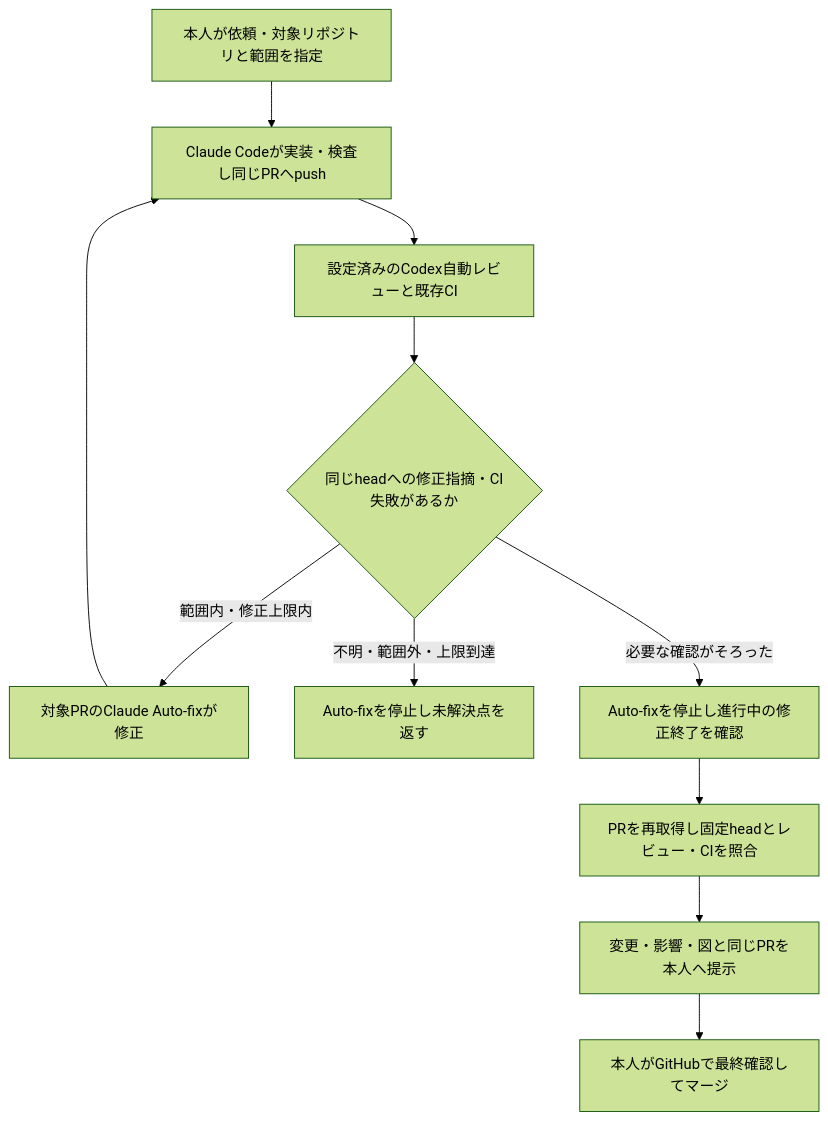
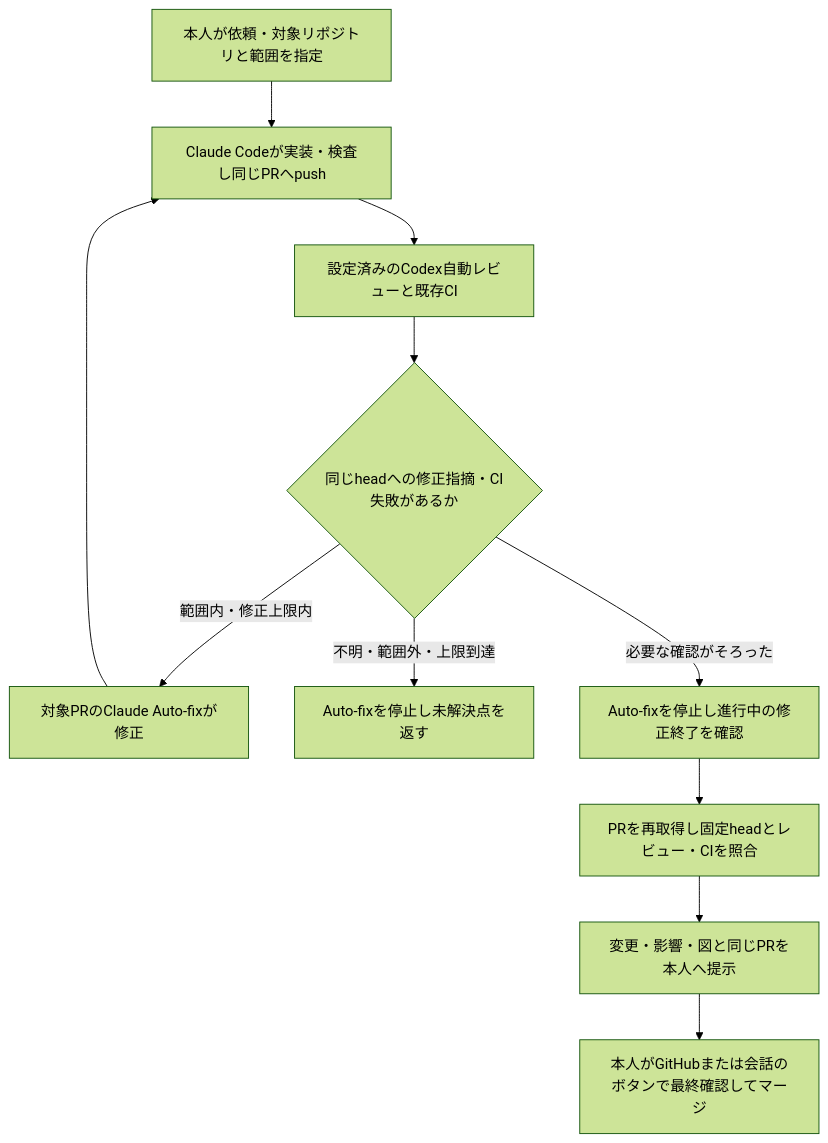
Before and after one commit to takechanman12250711-oss/chappy-boatrace-ai: the diagram in docs/claude-codex-auto-handoff.md, drawn with Mermaid (forest theme). The commit also changed other lines of this file and 5 other files, not shown here.

````diff
--- a/docs/claude-codex-auto-handoff.md
+++ b/docs/claude-codex-auto-handoff.md
@@ -7,13 +7,13 @@
 ```mermaid
 flowchart TD
     A["本人が依頼・対象リポジトリと範囲を指定"] --> B["Claude Codeが実装・検査し同じPRへpush"]
     B --> C["設定済みのCodex自動レビューと既存CI"]
     C --> D{"同じheadへの修正指摘・CI失敗があるか"}
     D -->|範囲内・修正上限内| E["対象PRのClaude Auto-fixが修正"]
     E --> B
     D -->|不明・範囲外・上限到達| F["Auto-fixを停止し未解決点を返す"]
     D -->|必要な確認がそろった| G["Auto-fixを停止し進行中の修正終了を確認"]
     G --> H["PRを再取得し固定headとレビュー・CIを照合"]
     H --> I["変更・影響・図と同じPRを本人へ提示"]
-    I --> J["本人がGitHubで最終確認してマージ"]
+    I --> J["本人がGitHubまたは会話のボタンで最終確認してマージ"]
 ```
````
